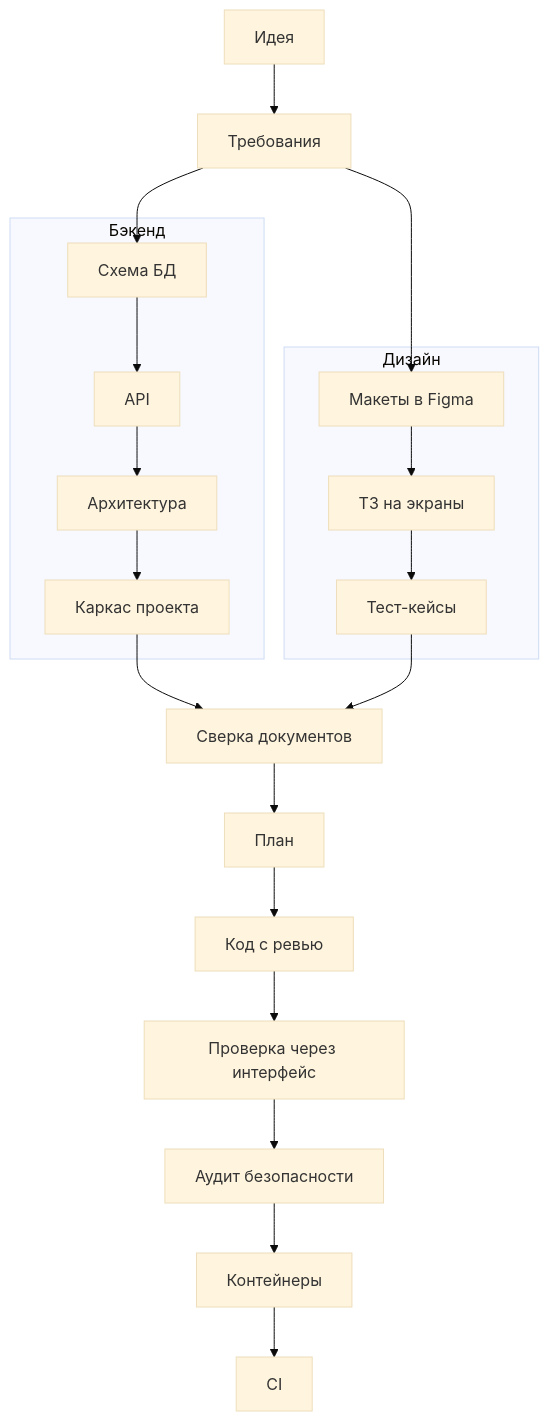
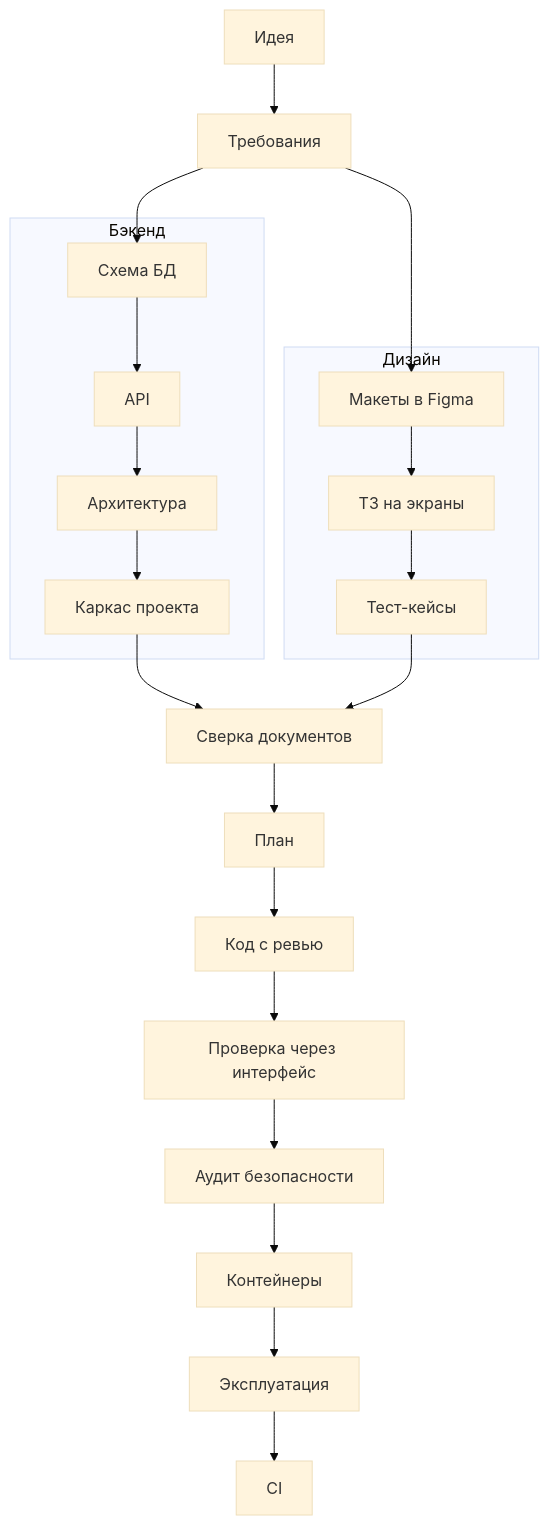
Before and after one commit to Idontlikedrinkpivo/web-dev-pipeline-claude-plugin: the diagram in README.md, drawn with Mermaid (base theme). The commit also changed other lines of this file and 9 other files, not shown here.

````diff
--- a/README.md
+++ b/README.md
@@ -527,15 +527,15 @@
 ```mermaid
 flowchart TD
     A[Идея] --> B[Требования]
     subgraph backend [Бэкенд]
         C[Схема БД] --> D[API] --> E[Архитектура] --> F[Каркас проекта]
     end
     subgraph design [Дизайн]
         G[Макеты в Figma] --> H[ТЗ на экраны] --> I[Тест-кейсы]
     end
     B --> C
     B --> G
     F --> J[Сверка документов]
     I --> J
-    J --> K[План] --> L[Код с ревью] --> M[Проверка через интерфейс] --> S[Аудит безопасности] --> N[Контейнеры] --> O[CI]
+    J --> K[План] --> L[Код с ревью] --> M[Проверка через интерфейс] --> S[Аудит безопасности] --> N[Контейнеры] --> P[Эксплуатация] --> O[CI]
 ```
````
